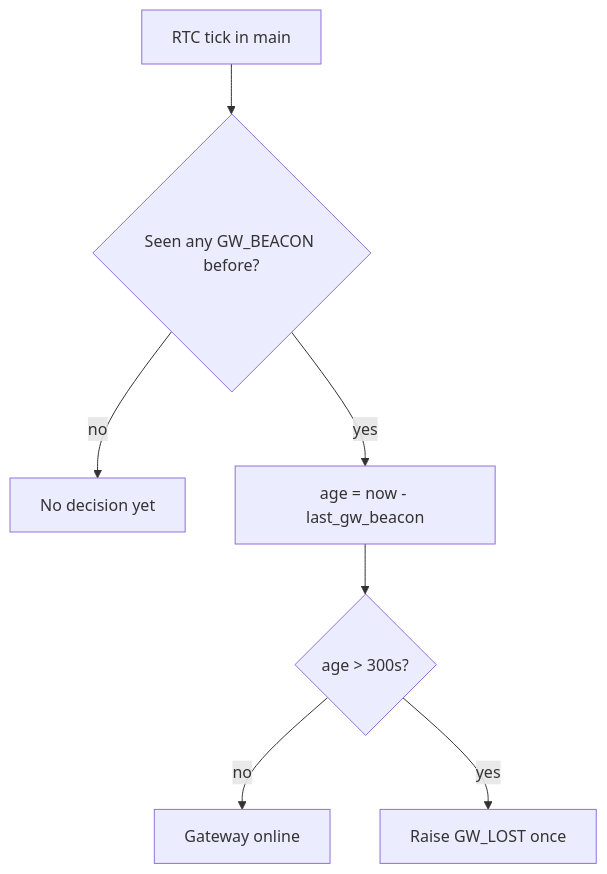
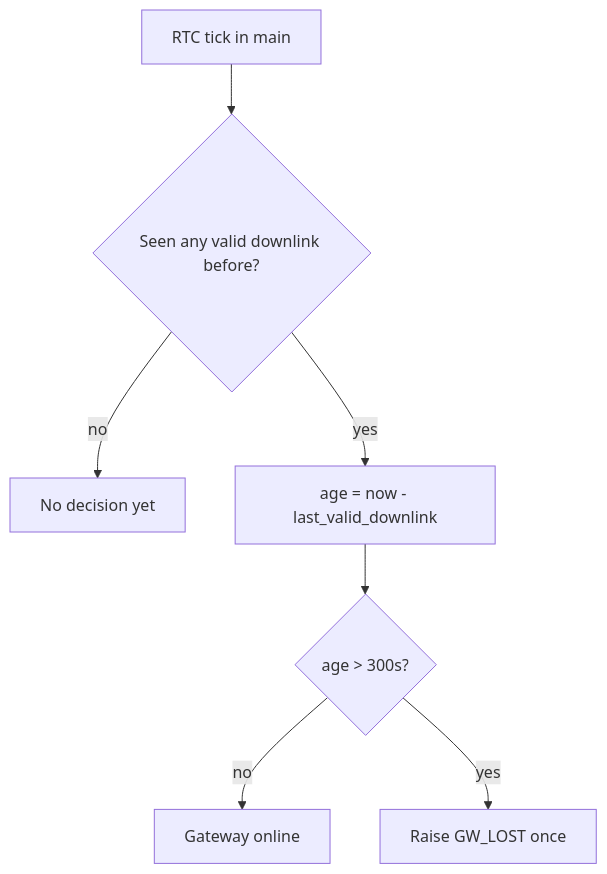
One commit to vuvantruong120896/emic_lora_protocol changed the seventh of 11 diagrams in EMIC_LORA_PROTOCOL/docs/main_runtime_flow.md. Above: the diagram before and after it, drawn with Mermaid. The commit also changed other lines of this file and 6 other files, not shown here.

````diff
--- a/EMIC_LORA_PROTOCOL/docs/main_runtime_flow.md
+++ b/EMIC_LORA_PROTOCOL/docs/main_runtime_flow.md
@@ -254,9 +315,9 @@
 ```mermaid
 flowchart TD
-  TICK["RTC tick in main"] --> CHECK{Seen any GW_BEACON before?}
+  TICK["RTC tick in main"] --> CHECK{Seen any valid downlink before?}
   CHECK -- no --> OK["No decision yet"]
-  CHECK -- yes --> AGE["age = now - last_gw_beacon"]
+  CHECK -- yes --> AGE["age = now - last_valid_downlink"]
   AGE --> LOST{age > 300s?}
   LOST -- no --> ONLINE["Gateway online"]
   LOST -- yes --> EVT["Raise GW_LOST once"]
 ```
````
